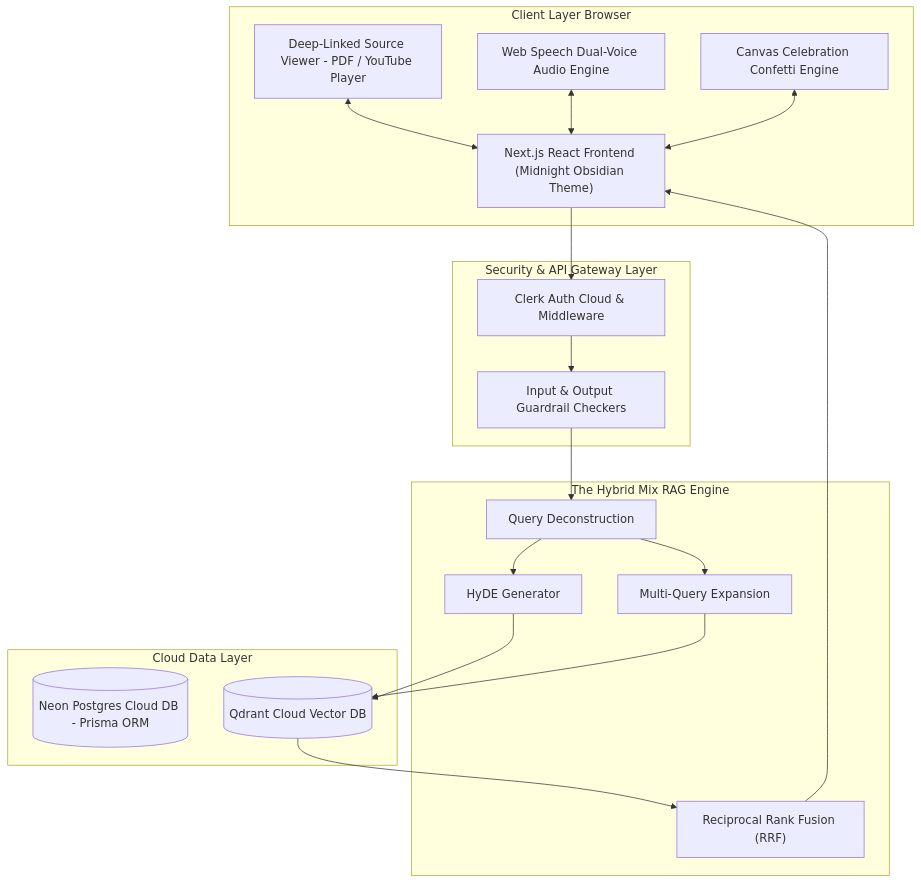
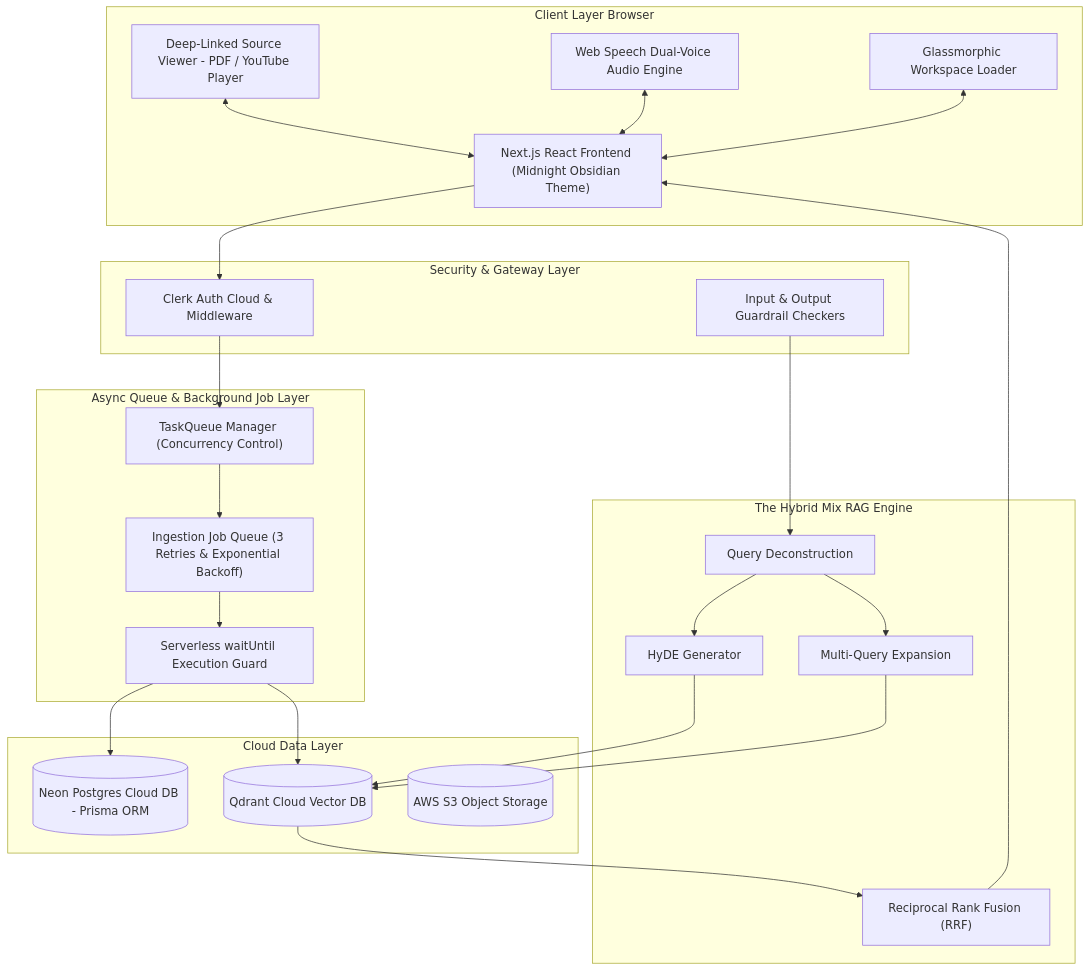
One commit to anks-gupta/synth-mind changed the diagram in README.md. Above: the diagram before and after it, drawn with Mermaid. The commit also changed other lines of this file and 8 other files, not shown here.

Commit message:
feat: implement background task queue for reliable source ingestion and add global loading states

````diff
--- a/README.md
+++ b/README.md
@@ -43,40 +46,52 @@
 ```mermaid
 graph TD
     subgraph ClientLayer ["Client Layer Browser"]
         UI["Next.js React Frontend (Midnight Obsidian Theme)"]
         Viewer["Deep-Linked Source Viewer - PDF / YouTube Player"]
         AudioEngine["Web Speech Dual-Voice Audio Engine"]
-        ConfettiEngine["Canvas Celebration Confetti Engine"]
+        WorkspaceLoader["Glassmorphic Workspace Loader"]
     end
 
-    subgraph SecurityLayer ["Security & API Gateway Layer"]
+    subgraph QueueLayer ["Async Queue & Background Job Layer"]
+        TaskQueue["TaskQueue Manager (Concurrency Control)"]
+        IngestionQueue["Ingestion Job Queue (3 Retries & Exponential Backoff)"]
+        ServerlessGuard["Serverless waitUntil Execution Guard"]
+    end
+
+    subgraph SecurityLayer ["Security & Gateway Layer"]
         Clerk["Clerk Auth Cloud & Middleware"]
         Guardrails["Input & Output Guardrail Checkers"]
     end
 
     subgraph HybridRAGEngine ["The Hybrid Mix RAG Engine"]
         Deconstruct["Query Deconstruction"]
         HyDE["HyDE Generator"]
         MultiQuery["Multi-Query Expansion"]
         RRF["Reciprocal Rank Fusion (RRF)"]
     end
 
     subgraph DataLayer ["Cloud Data Layer"]
         NeonDB[("Neon Postgres Cloud DB - Prisma ORM")]
         Qdrant[("Qdrant Cloud Vector DB")]
+        S3[("AWS S3 Object Storage")]
     end
 
     UI --> Clerk
-    Clerk --> Guardrails
+    Clerk --> TaskQueue
+    TaskQueue --> IngestionQueue
+    IngestionQueue --> ServerlessGuard
+    ServerlessGuard --> Qdrant
+    ServerlessGuard --> NeonDB
+    
     Guardrails --> Deconstruct
     Deconstruct --> HyDE
     Deconstruct --> MultiQuery
     HyDE --> Qdrant
     MultiQuery --> Qdrant
     Qdrant --> RRF
     RRF --> UI
 
     Viewer <--> UI
     AudioEngine <--> UI
-    ConfettiEngine <--> UI
+    WorkspaceLoader <--> UI
 ```
````
